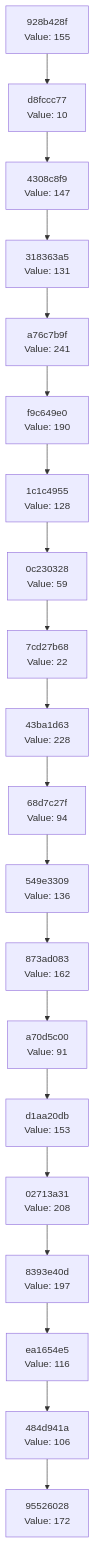
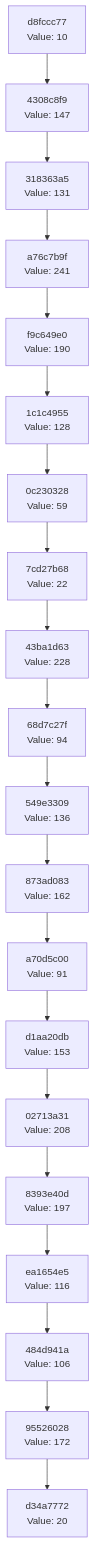
One commit to Abhisheksinha1506/hash-chain-evolver changed the diagram in docs/CHAIN_VISUALIZATION.md. Above: the diagram before and after it, drawn with Mermaid. The commit also changed 3 other files, not shown here.

````diff
--- a/docs/CHAIN_VISUALIZATION.md
+++ b/docs/CHAIN_VISUALIZATION.md
@@ -3,42 +3,42 @@
 ```mermaid
 graph TD
-    C0["95526028<br/>Value: 172"]
-    C1["484d941a<br/>Value: 106"]
+    C0["d34a7772<br/>Value: 20"]
+    C1["95526028<br/>Value: 172"]
     C1 --> C0
-    C2["ea1654e5<br/>Value: 116"]
+    C2["484d941a<br/>Value: 106"]
     C2 --> C1
-    C3["8393e40d<br/>Value: 197"]
+    C3["ea1654e5<br/>Value: 116"]
     C3 --> C2
-    C4["02713a31<br/>Value: 208"]
+    C4["8393e40d<br/>Value: 197"]
     C4 --> C3
-    C5["d1aa20db<br/>Value: 153"]
+    C5["02713a31<br/>Value: 208"]
     C5 --> C4
-    C6["a70d5c00<br/>Value: 91"]
+    C6["d1aa20db<br/>Value: 153"]
     C6 --> C5
-    C7["873ad083<br/>Value: 162"]
+    C7["a70d5c00<br/>Value: 91"]
     C7 --> C6
-    C8["549e3309<br/>Value: 136"]
+    C8["873ad083<br/>Value: 162"]
     C8 --> C7
-    C9["68d7c27f<br/>Value: 94"]
+    C9["549e3309<br/>Value: 136"]
     C9 --> C8
-    C10["43ba1d63<br/>Value: 228"]
+    C10["68d7c27f<br/>Value: 94"]
     C10 --> C9
-    C11["7cd27b68<br/>Value: 22"]
+    C11["43ba1d63<br/>Value: 228"]
     C11 --> C10
-    C12["0c230328<br/>Value: 59"]
+    C12["7cd27b68<br/>Value: 22"]
     C12 --> C11
-    C13["1c1c4955<br/>Value: 128"]
+    C13["0c230328<br/>Value: 59"]
     C13 --> C12
-    C14["f9c649e0<br/>Value: 190"]
+    C14["1c1c4955<br/>Value: 128"]
     C14 --> C13
-    C15["a76c7b9f<br/>Value: 241"]
+    C15["f9c649e0<br/>Value: 190"]
     C15 --> C14
-    C16["318363a5<br/>Value: 131"]
+    C16["a76c7b9f<br/>Value: 241"]
     C16 --> C15
-    C17["4308c8f9<br/>Value: 147"]
+    C17["318363a5<br/>Value: 131"]
     C17 --> C16
-    C18["d8fccc77<br/>Value: 10"]
+    C18["4308c8f9<br/>Value: 147"]
     C18 --> C17
-    C19["928b428f<br/>Value: 155"]
+    C19["d8fccc77<br/>Value: 10"]
     C19 --> C18
 ```
````
